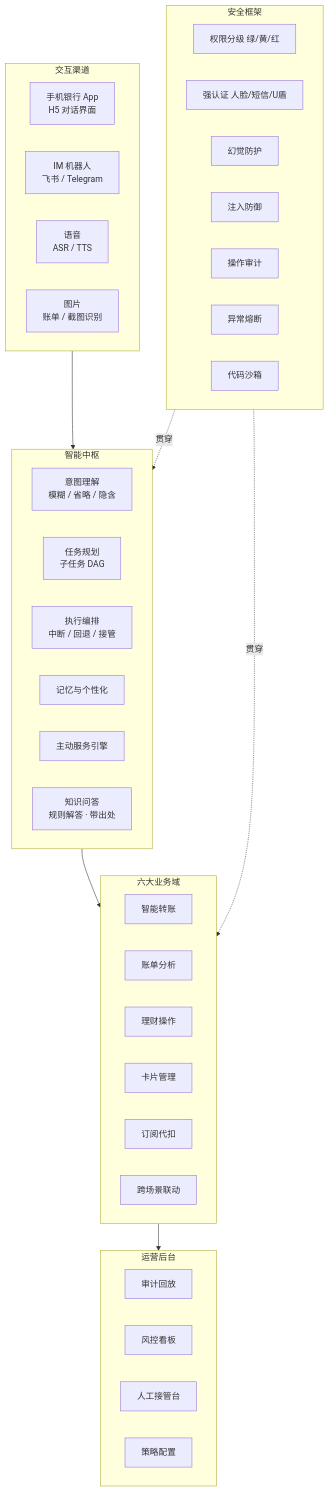
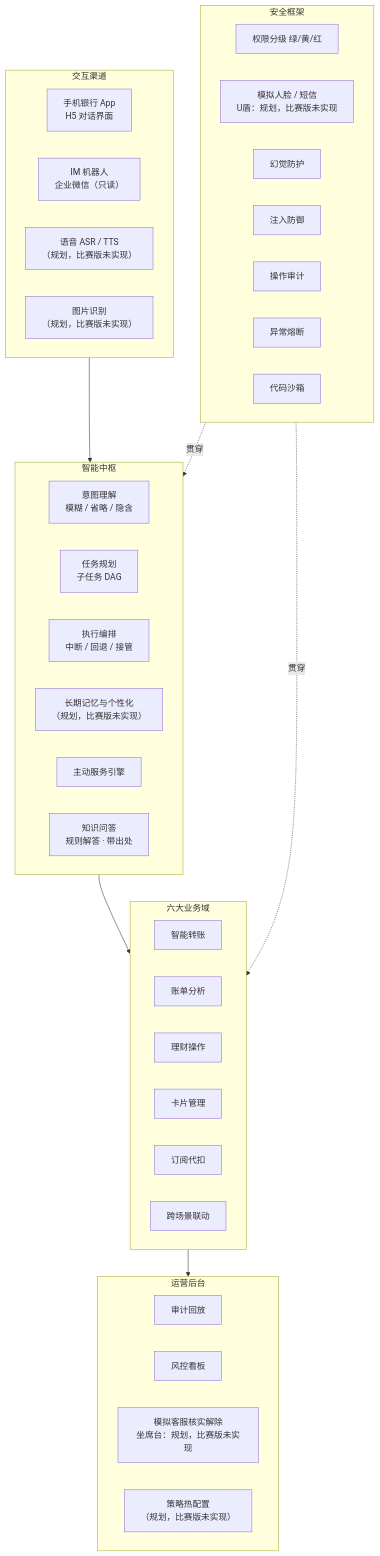
Before and after one commit to SuperWheel/saydo-agent: the first of 2 diagrams in docs/01-产品需求文档-PRD.md, drawn with Mermaid. The commit also changed other lines of this file and 11 other files, not shown here.

````diff
--- a/docs/01-产品需求文档-PRD.md
+++ b/docs/01-产品需求文档-PRD.md
@@ -98,44 +102,44 @@
 ```mermaid
 flowchart TB
     subgraph CH[交互渠道]
         A1[手机银行 App<br/>H5 对话界面]
-        A2[IM 机器人<br/>飞书 / Telegram]
-        A3[语音<br/>ASR / TTS]
-        A4[图片<br/>账单 / 截图识别]
+        A2[IM 机器人<br/>企业微信（只读）]
+        A3[语音 ASR / TTS<br/>（规划，比赛版未实现）]
+        A4[图片识别<br/>（规划，比赛版未实现）]
     end
     subgraph AI[智能中枢]
         B1[意图理解<br/>模糊 / 省略 / 隐含]
         B2[任务规划<br/>子任务 DAG]
         B3[执行编排<br/>中断 / 回退 / 接管]
-        B4[记忆与个性化]
+        B4[长期记忆与个性化<br/>（规划，比赛版未实现）]
         B5[主动服务引擎]
         B6[知识问答<br/>规则解答 · 带出处]
     end
     subgraph BIZ[六大业务域]
         C1[智能转账]
         C2[账单分析]
         C3[理财操作]
         C4[卡片管理]
         C5[订阅代扣]
         C6[跨场景联动]
     end
     subgraph SEC[安全框架]
         D1[权限分级 绿/黄/红]
-        D2[强认证 人脸/短信/U盾]
+        D2[模拟人脸 / 短信<br/>U盾：规划，比赛版未实现]
         D3[幻觉防护]
         D4[注入防御]
         D5[操作审计]
         D6[异常熔断]
         D7[代码沙箱]
     end
     subgraph OPS[运营后台]
         E1[审计回放]
         E2[风控看板]
-        E3[人工接管台]
-        E4[策略配置]
+        E3[模拟客服核实解除<br/>坐席台：规划，比赛版未实现]
+        E4[策略热配置<br/>（规划，比赛版未实现）]
     end
     CH --> AI --> BIZ
     SEC -.贯穿.-> AI
     SEC -.贯穿.-> BIZ
     BIZ --> OPS
 ```
````
